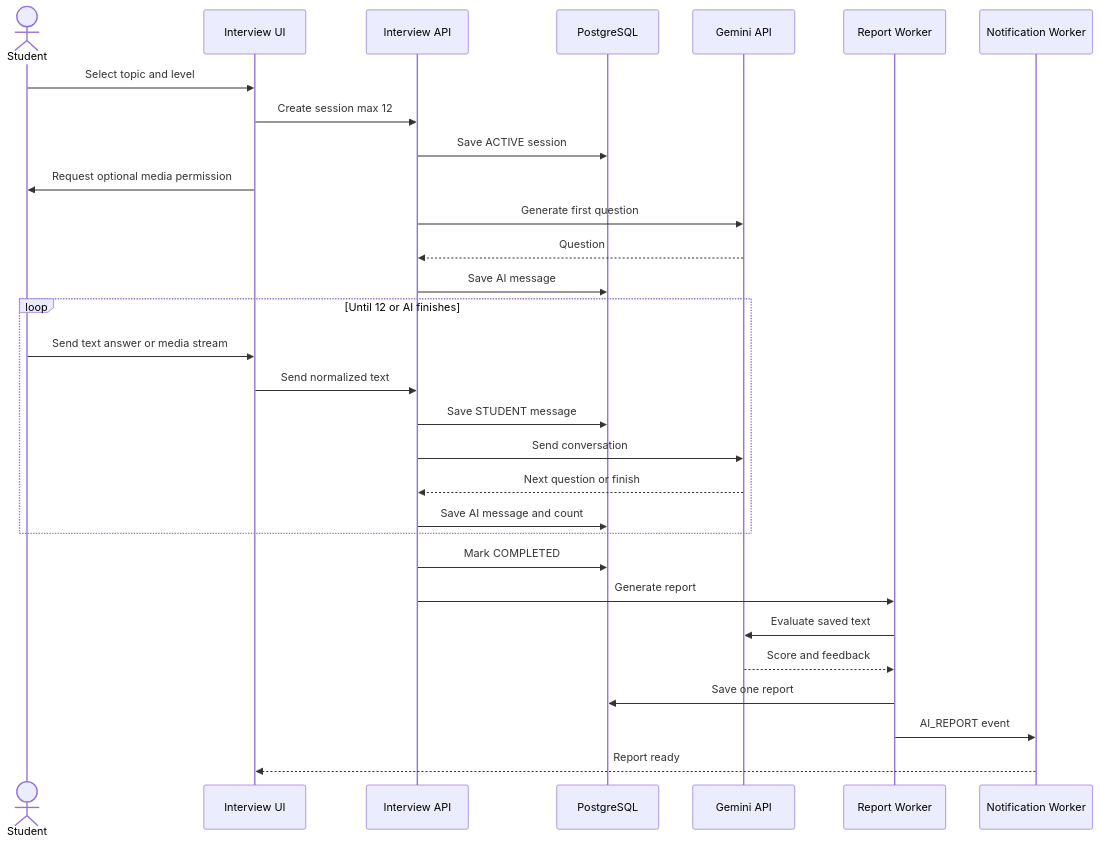
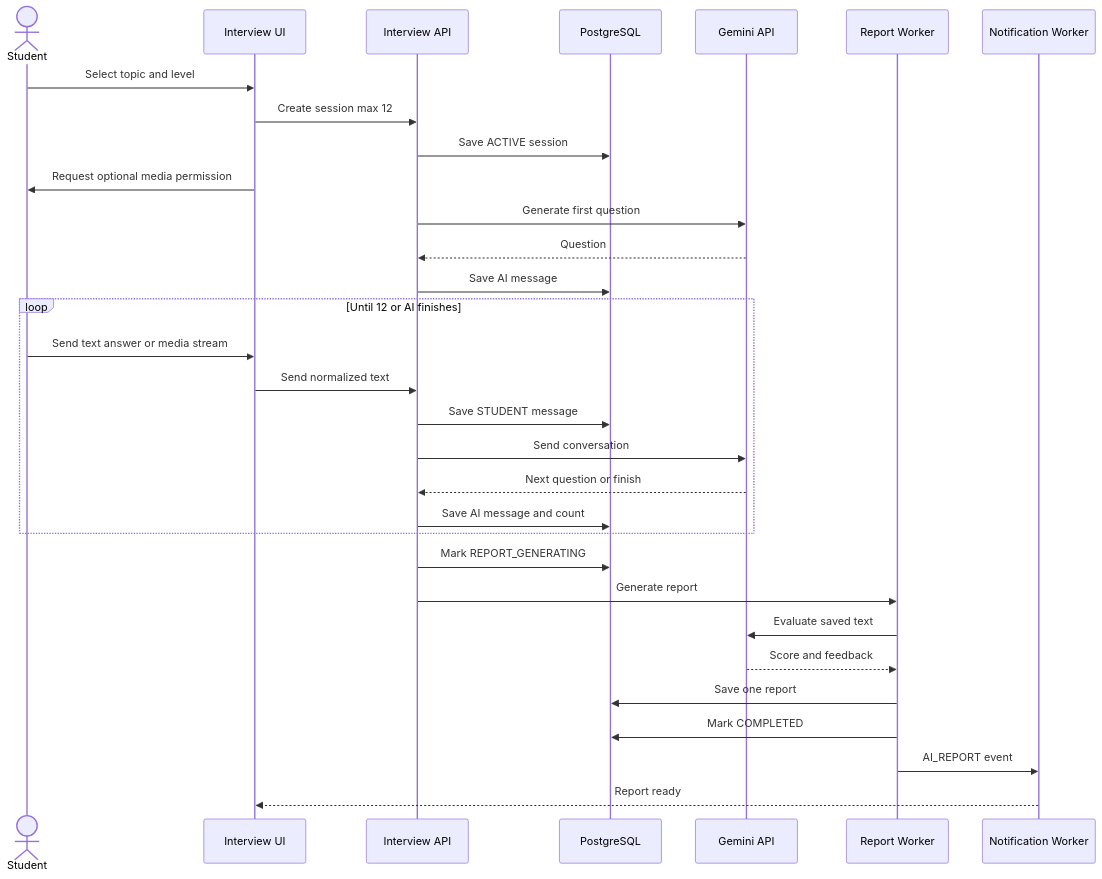
One commit to nguyenkhaan/oj-vibe-coding changed diagram 12 of 15 in docs/prd-documents/tdd.md. Above: the diagram before and after it, drawn with Mermaid. The commit also changed other lines of this file and 12 other files, not shown here.

```diff
--- a/docs/prd-documents/tdd.md
+++ b/docs/prd-documents/tdd.md
@@ -516,33 +516,34 @@
 ~~~mermaid
 sequenceDiagram
     actor Student
     participant FE as Interview UI
     participant API as Interview API
     participant DB as PostgreSQL
     participant AI as Gemini API
     participant Worker as Report Worker
     participant Notify as Notification Worker
 
     Student->>FE: Select topic and level
     FE->>API: Create session max 12
     API->>DB: Save ACTIVE session
     FE->>Student: Request optional media permission
     API->>AI: Generate first question
     AI-->>API: Question
     API->>DB: Save AI message
     loop Until 12 or AI finishes
         Student->>FE: Send text answer or media stream
         FE->>API: Send normalized text
         API->>DB: Save STUDENT message
         API->>AI: Send conversation
         AI-->>API: Next question or finish
         API->>DB: Save AI message and count
     end
-    API->>DB: Mark COMPLETED
+    API->>DB: Mark REPORT_GENERATING
     API->>Worker: Generate report
     Worker->>AI: Evaluate saved text
     AI-->>Worker: Score and feedback
     Worker->>DB: Save one report
+    Worker->>DB: Mark COMPLETED
     Worker->>Notify: AI_REPORT event
     Notify-->>FE: Report ready
 ~~~
```
